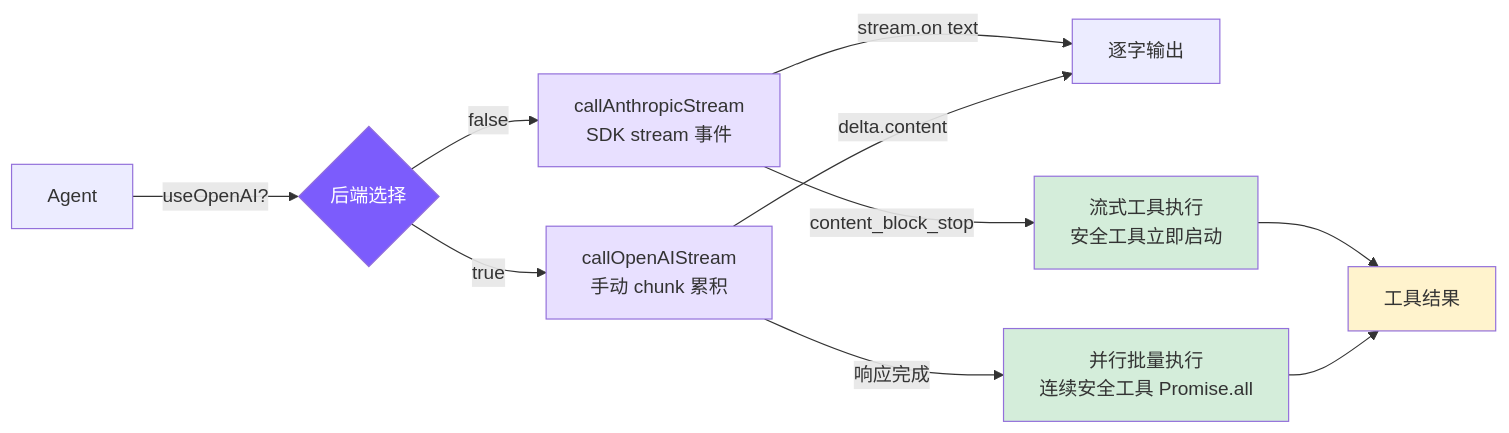
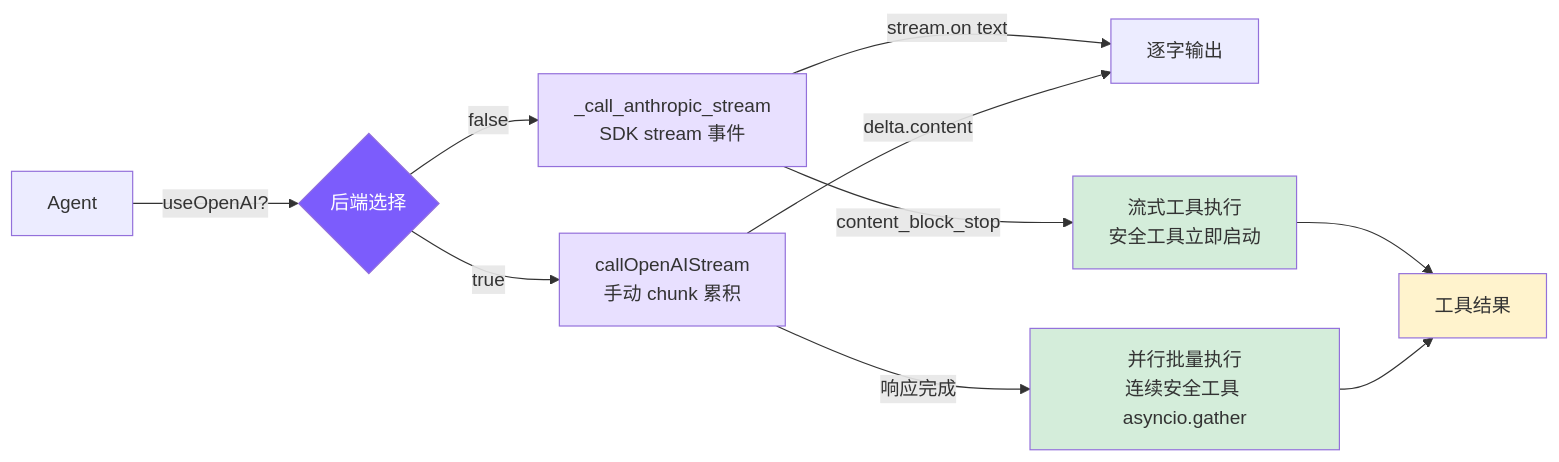
The first of 2 diagrams in docs/05-streaming.md (Kellin233/nano_code), drawn with Mermaid before and after one commit. The commit also changed other lines of this file and 114 other files, not shown here.

````diff
--- a/docs/05-streaming.md
+++ b/docs/05-streaming.md
@@ -7,20 +7,20 @@
 ```mermaid
 graph LR
     Agent[Agent] --> |useOpenAI?| Switch{后端选择}
-    Switch -->|false| Anthropic[callAnthropicStream<br/>SDK stream 事件]
+    Switch -->|false| Anthropic[_call_anthropic_stream<br/>SDK stream 事件]
     Switch -->|true| OpenAI[callOpenAIStream<br/>手动 chunk 累积]
     Anthropic --> |stream.on text| Console[逐字输出]
     OpenAI --> |delta.content| Console
 
     Anthropic --> |content_block_stop| EarlyExec[流式工具执行<br/>安全工具立即启动]
-    OpenAI --> |响应完成| Batch[并行批量执行<br/>连续安全工具 Promise.all]
+    OpenAI --> |响应完成| Batch[并行批量执行<br/>连续安全工具 asyncio.gather]
     EarlyExec --> ToolResult[工具结果]
     Batch --> ToolResult
 
     style Switch fill:#7c5cfc,color:#fff
     style Anthropic fill:#e8e0ff
     style OpenAI fill:#e8e0ff
     style EarlyExec fill:#d4edda
     style Batch fill:#d4edda
     style ToolResult fill:#fff3cd
 ```
````
